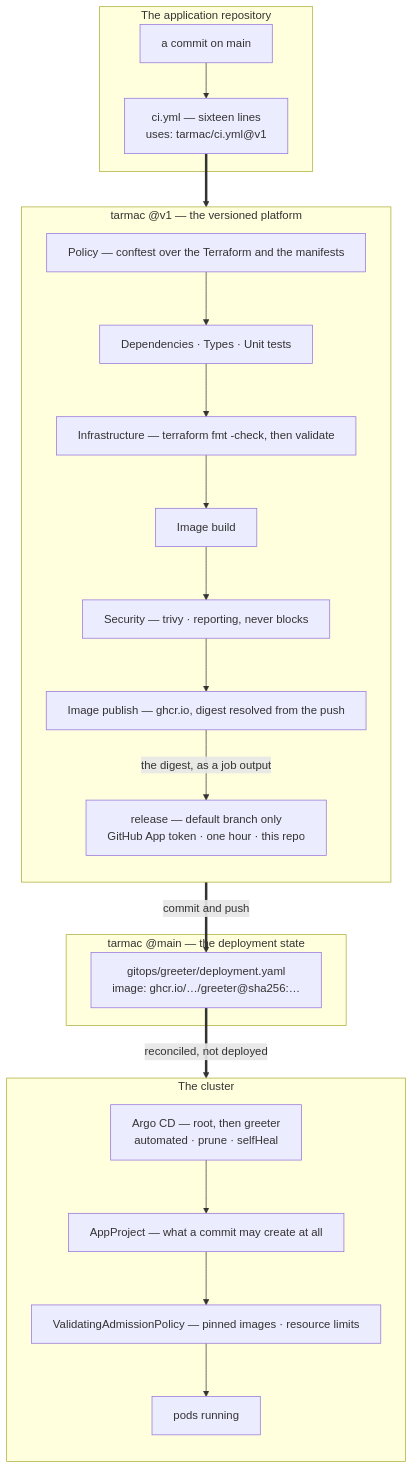
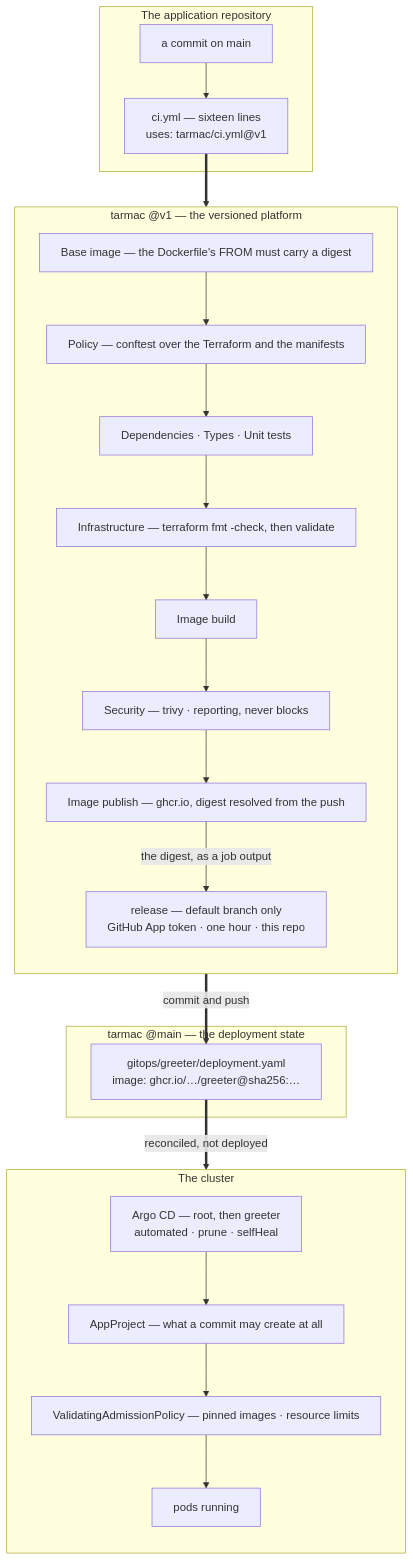
Before and after one commit to KrisF-Midnight/tarmac: the diagram in README.md, drawn with Mermaid. The commit also changed other lines of this file and 2 other files, not shown here.

````diff
--- a/README.md
+++ b/README.md
@@ -135,39 +149,40 @@
 ```mermaid
 %%{init: {"flowchart": {"wrappingWidth": 520}}}%%
 flowchart TB
   subgraph app["The application repository"]
     commit["a commit on main"]
     caller["ci.yml — sixteen lines<br/>uses: tarmac/ci.yml@v1"]
     commit --> caller
   end
 
   subgraph ci["tarmac @v1 — the versioned platform"]
     direction TB
+    g0["Base image — the Dockerfile's FROM must carry a digest"]
     g1["Policy — conftest over the Terraform and the manifests"]
     g2["Dependencies · Types · Unit tests"]
     g3["Infrastructure — terraform fmt -check, then validate"]
     g4["Image build"]
     g5["Security — trivy · reporting, never blocks"]
     g6["Image publish — ghcr.io, digest resolved from the push"]
-    g1 --> g2 --> g3 --> g4 --> g5 --> g6
+    g0 --> g1 --> g2 --> g3 --> g4 --> g5 --> g6
     release["release — default branch only<br/>GitHub App token · one hour · this repo"]
     g6 -->|the digest, as a job output| release
   end
 
   subgraph git["tarmac @main — the deployment state"]
     manifest["gitops/greeter/deployment.yaml<br/>image: ghcr.io/…/greeter@sha256:…"]
   end
 
   subgraph cluster["The cluster"]
     direction TB
     argo["Argo CD — root, then greeter<br/>automated · prune · selfHeal"]
     proj["AppProject — what a commit may create at all"]
     vap["ValidatingAdmissionPolicy — pinned images · resource limits"]
     pods["pods running"]
     argo --> proj --> vap --> pods
   end
 
   caller ==> g1
   release ==>|commit and push| manifest
   manifest ==>|reconciled, not deployed| argo
 ```
````
